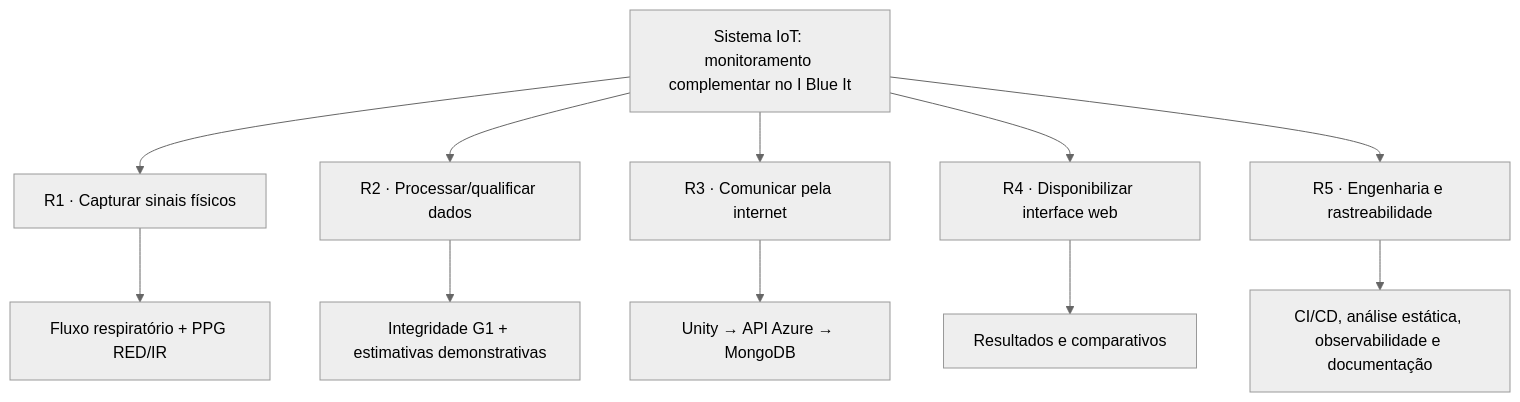
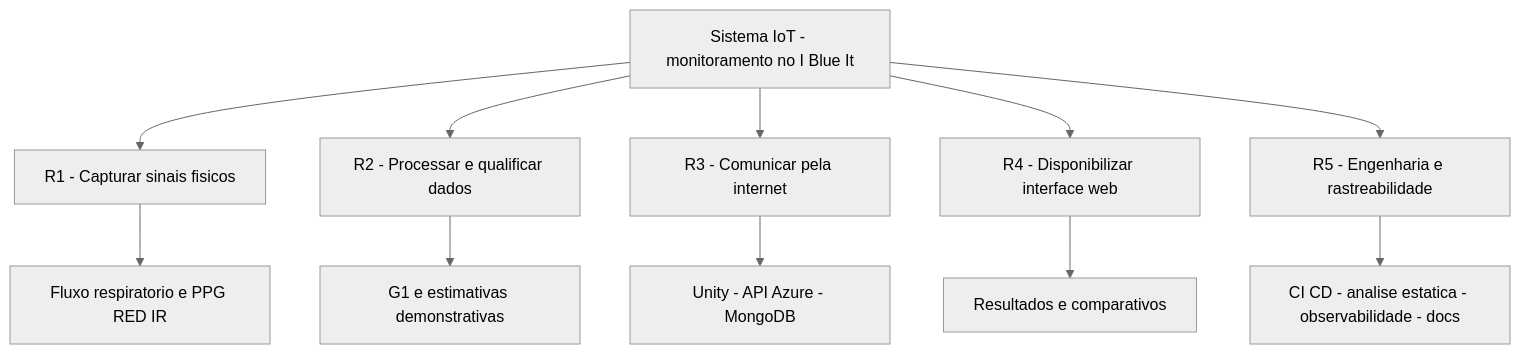
Before and after one commit to PHV00/RFC-IBlueIt-Pitaco3.0-Multimodal: the fourth of 4 diagrams in docs/ARQUITETURA.md, drawn with Mermaid (neutral theme). The commit also changed other lines of this file and 3 other files, not shown here.

Commit message:
docs: repair Mermaid rendering and clarify direct Unity USB connection

````diff
--- a/docs/ARQUITETURA.md
+++ b/docs/ARQUITETURA.md
@@ -97,14 +96,14 @@
-~~~mermaid
+```mermaid
 flowchart TD
-  SYS["Sistema IoT: monitoramento complementar no I Blue It"]
-  SYS --> S["R1 · Capturar sinais físicos"]
-  SYS --> L["R2 · Processar/qualificar dados"]
-  SYS --> N["R3 · Comunicar pela internet"]
-  SYS --> W["R4 · Disponibilizar interface web"]
-  SYS --> Q["R5 · Engenharia e rastreabilidade"]
-  S --> S1["Fluxo respiratório + PPG RED/IR"]
-  L --> L1["Integridade G1 + estimativas demonstrativas"]
-  N --> N1["Unity → API Azure → MongoDB"]
-  W --> W1["Resultados e comparativos"]
-  Q --> Q1["CI/CD, análise estática, observabilidade e documentação"]
-~~~
+    SYS["Sistema IoT - monitoramento no I Blue It"]
+    SYS --> S["R1 - Capturar sinais fisicos"]
+    SYS --> L["R2 - Processar e qualificar dados"]
+    SYS --> N["R3 - Comunicar pela internet"]
+    SYS --> W["R4 - Disponibilizar interface web"]
+    SYS --> Q["R5 - Engenharia e rastreabilidade"]
+    S --> S1["Fluxo respiratorio e PPG RED IR"]
+    L --> L1["G1 e estimativas demonstrativas"]
+    N --> N1["Unity - API Azure - MongoDB"]
+    W --> W1["Resultados e comparativos"]
+    Q --> Q1["CI CD - analise estatica - observabilidade - docs"]
+```
````
